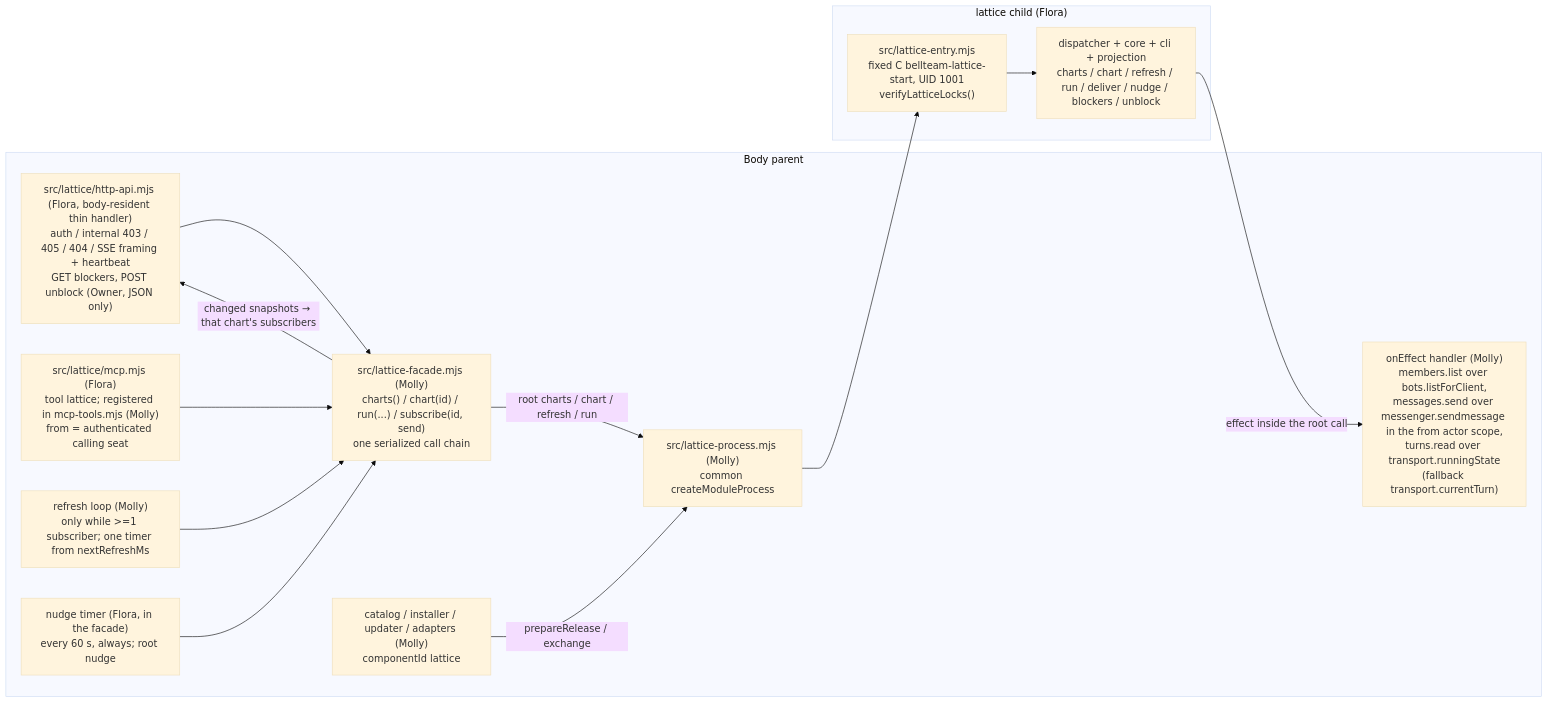
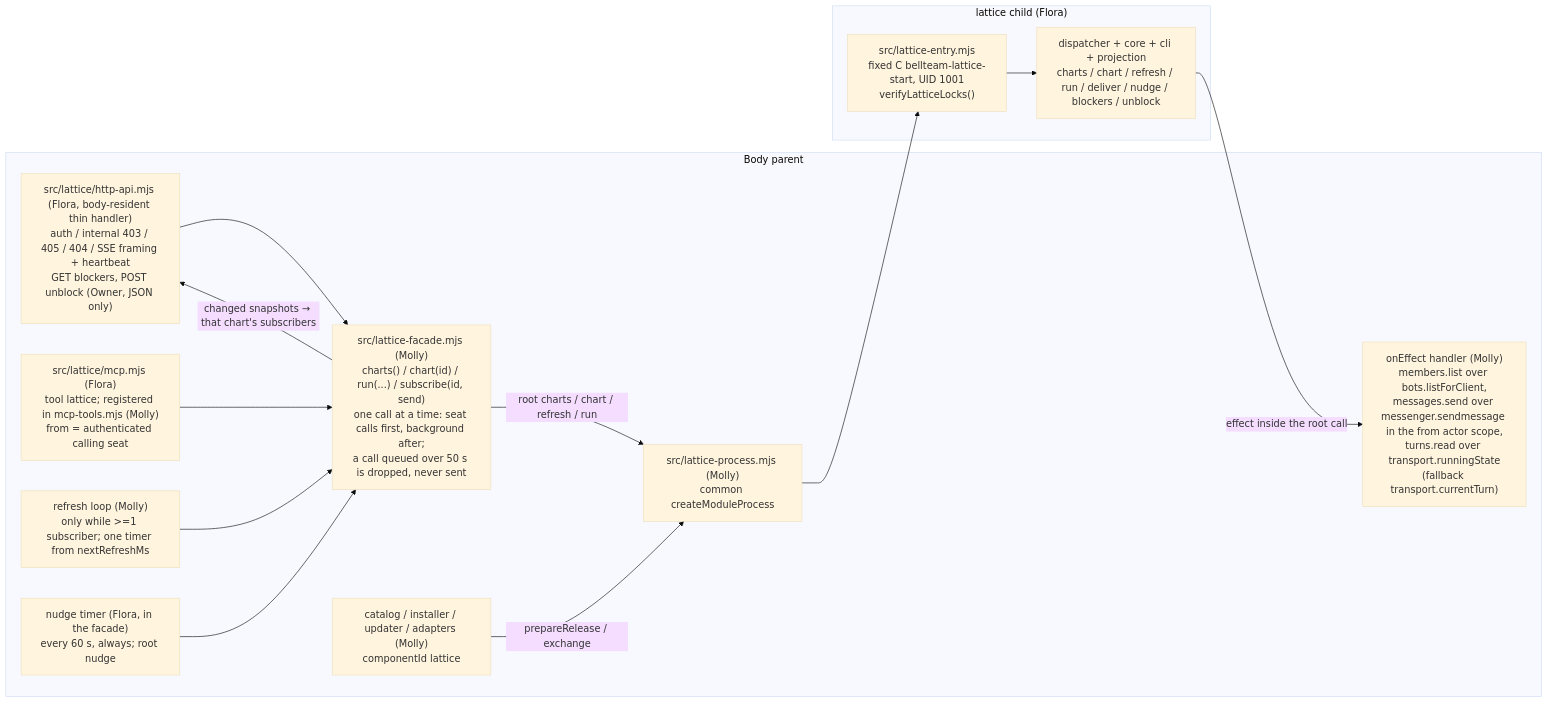
One commit to kitepon/BellTeam changed the diagram in docs/architecture/modules/runtime/lattice-child.md. Above: the diagram before and after it, drawn with Mermaid (base theme). The commit also changed other lines of this file and 2 other files, not shown here.

First line of the commit message:
lattice facade: seat calls before background, drop a call queued past 50 s (outage 11-14)

````diff
--- a/docs/architecture/modules/runtime/lattice-child.md
+++ b/docs/architecture/modules/runtime/lattice-child.md
@@ -7,26 +7,26 @@
 ```mermaid
 flowchart LR
   subgraph Parent["Body parent"]
     Route["src/lattice/http-api.mjs (Flora, body-resident thin handler)<br/>auth / internal 403 / 405 / 404 / SSE framing + heartbeat<br/>GET blockers, POST unblock (Owner, JSON only)"]
     Tool["src/lattice/mcp.mjs (Flora)<br/>tool lattice; registered in mcp-tools.mjs (Molly)<br/>from = authenticated calling seat"]
-    Facade["src/lattice-facade.mjs (Molly)<br/>charts() / chart(id) / run(...) / subscribe(id, send)<br/>one serialized call chain"]
+    Facade["src/lattice-facade.mjs (Molly)<br/>charts() / chart(id) / run(...) / subscribe(id, send)<br/>one call at a time: seat calls first, background after;<br/>a call queued over 50 s is dropped, never sent"]
     Loop["refresh loop (Molly)<br/>only while >=1 subscriber; one timer from nextRefreshMs"]
     Nudge["nudge timer (Flora, in the facade)<br/>every 60 s, always; root nudge"]
     Proc["src/lattice-process.mjs (Molly)<br/>common createModuleProcess"]
     Ports["onEffect handler (Molly)<br/>members.list over bots.listForClient,<br/>messages.send over messenger.sendmessage in the from actor scope,<br/>turns.read over transport.runningState<br/>(fallback transport.currentTurn)"]
     Update["catalog / installer / updater / adapters (Molly)<br/>componentId lattice"]
   end
   subgraph Child["lattice child (Flora)"]
     Entry["src/lattice-entry.mjs<br/>fixed C bellteam-lattice-start, UID 1001<br/>verifyLatticeLocks()"]
     Disp["dispatcher + core + cli + projection<br/>charts / chart / refresh / run / deliver / nudge / blockers / unblock"]
   end
   Route --> Facade
   Tool --> Facade
   Loop --> Facade
   Nudge --> Facade
   Facade -->|"root charts / chart / refresh / run"| Proc
   Proc --> Entry --> Disp
   Disp -->|"effect inside the root call"| Ports
   Facade -->|"changed snapshots → that chart's subscribers"| Route
   Update -->|"prepareRelease / exchange"| Proc
 ```
````
